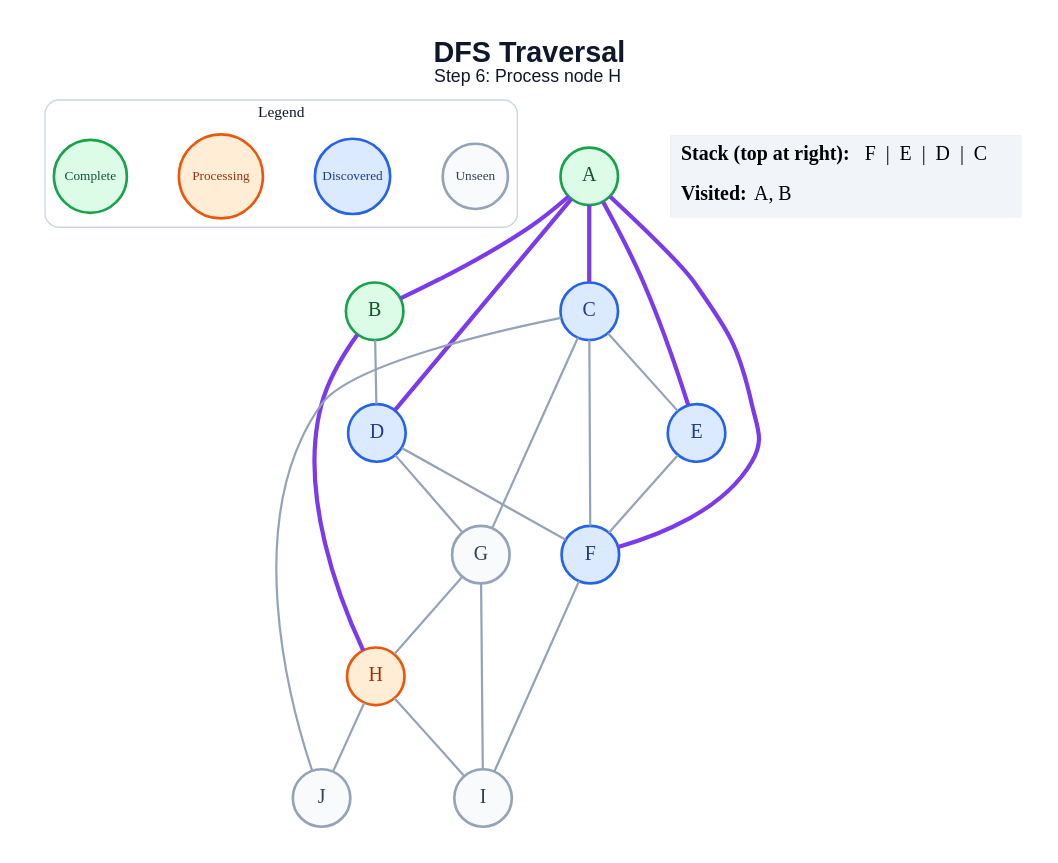
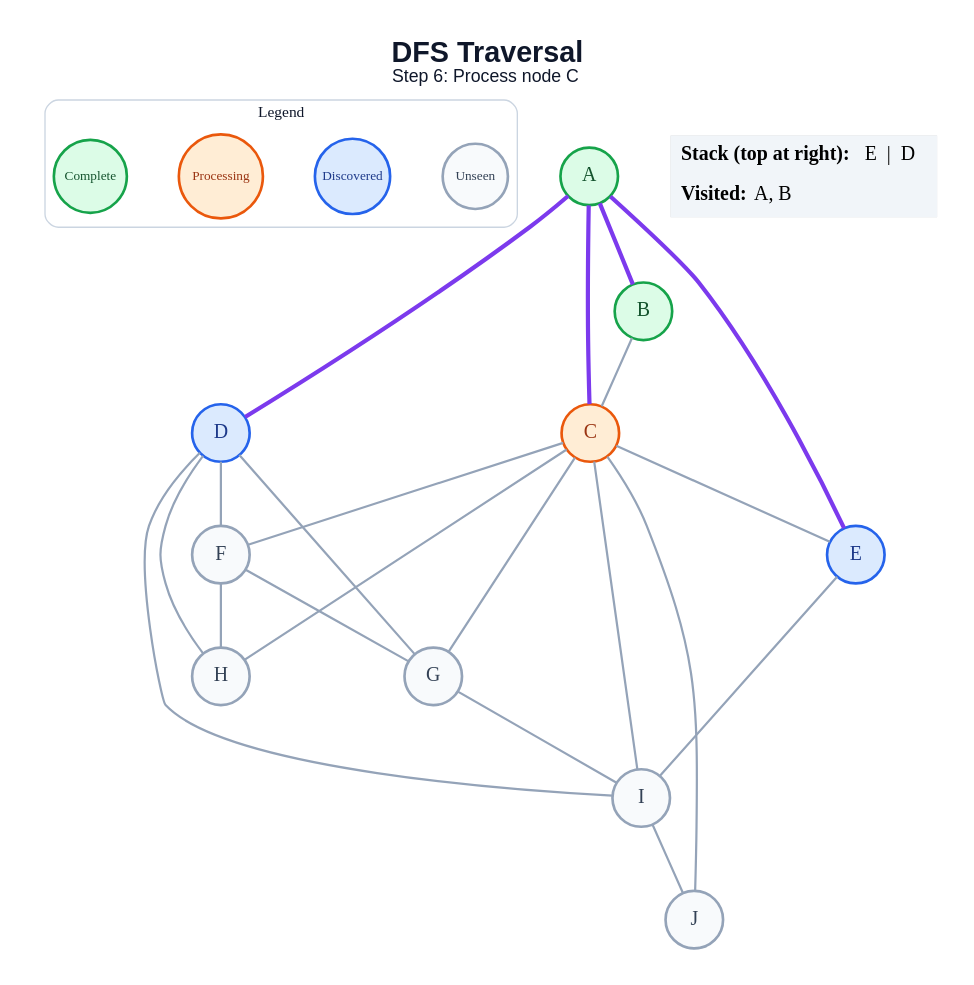
One commit to amanghodawala9/ai-slop changed the diagram in generated/dfs/step_06.dot. Above: the diagram before and after it, drawn with Graphviz. The commit also changed 178 other files, not shown here.

```diff
--- a/generated/dfs/step_06.dot
+++ b/generated/dfs/step_06.dot
@@ -1,48 +1,49 @@
 graph traversal {
   graph [layout=dot, rankdir=TB, bgcolor="#FFFFFF", pad="0.35", nodesep="0.65", ranksep="0.8", fontname="Arial"];
   node [shape=circle, style="filled", fontname="Arial Bold", fontsize=18, width=0.72, fixedsize=true, penwidth=2.4];
   edge [color="#94A3B8", penwidth=2.0];
-  label=<<B>DFS Traversal</B><BR/><FONT POINT-SIZE="16">Step 6: Process node H</FONT>>; labelloc="t"; fontsize=26; fontname="Arial"; fontcolor="#0F172A";
+  label=<<B>DFS Traversal</B><BR/><FONT POINT-SIZE="16">Step 6: Process node C</FONT>>; labelloc="t"; fontsize=26; fontname="Arial"; fontcolor="#0F172A";
   subgraph cluster_legend { label="Legend"; color="#CBD5E1"; penwidth=1.2; style="rounded"; fontsize=14; fontname="Arial Bold";
     key_unseen [label="Unseen", fillcolor="#F8FAFC", color="#94A3B8", fontcolor="#334155", fontsize=12, width=0.82];
     key_frontier [label="Discovered", fillcolor="#DBEAFE", color="#2563EB", fontcolor="#1E3A8A", fontsize=12, width=0.95];
     key_current [label="Processing", fillcolor="#FFEDD5", color="#EA580C", fontcolor="#9A3412", fontsize=12, width=1.05];
     key_done [label="Complete", fillcolor="#DCFCE7", color="#16A34A", fontcolor="#14532D", fontsize=12, width=0.92];
     { rank=same; key_unseen; key_frontier; key_current; key_done; }
   }
   A [fillcolor="#DCFCE7", color="#16A34A", fontcolor="#14532D"];
   B [fillcolor="#DCFCE7", color="#16A34A", fontcolor="#14532D"];
-  C [fillcolor="#DBEAFE", color="#2563EB", fontcolor="#1E3A8A"];
+  C [fillcolor="#FFEDD5", color="#EA580C", fontcolor="#9A3412"];
   D [fillcolor="#DBEAFE", color="#2563EB", fontcolor="#1E3A8A"];
   E [fillcolor="#DBEAFE", color="#2563EB", fontcolor="#1E3A8A"];
-  F [fillcolor="#DBEAFE", color="#2563EB", fontcolor="#1E3A8A"];
+  F [fillcolor="#F8FAFC", color="#94A3B8", fontcolor="#334155"];
   G [fillcolor="#F8FAFC", color="#94A3B8", fontcolor="#334155"];
-  H [fillcolor="#FFEDD5", color="#EA580C", fontcolor="#9A3412"];
+  H [fillcolor="#F8FAFC", color="#94A3B8", fontcolor="#334155"];
   I [fillcolor="#F8FAFC", color="#94A3B8", fontcolor="#334155"];
   J [fillcolor="#F8FAFC", color="#94A3B8", fontcolor="#334155"];
   A -- B [color="#7C3AED", penwidth=3.8];
   A -- C [color="#7C3AED", penwidth=3.8];
   A -- D [color="#7C3AED", penwidth=3.8];
   A -- E [color="#7C3AED", penwidth=3.8];
-  A -- F [color="#7C3AED", penwidth=3.8];
-  B -- D;
-  B -- H [color="#7C3AED", penwidth=3.8];
+  B -- C;
   C -- E;
   C -- F;
   C -- G;
+  C -- H;
+  C -- I;
   C -- J;
   D -- F;
   D -- G;
-  E -- F;
-  F -- I;
-  G -- H;
+  D -- H;
+  D -- I;
+  E -- I;
+  F -- G;
+  F -- H;
   G -- I;
-  H -- I;
-  H -- J;
+  I -- J;
   status [shape=plain, fixedsize=false, width=0, height=0, margin=0, label=<
     <TABLE BORDER="0" CELLBORDER="0" CELLPADDING="7" BGCOLOR="#F1F5F9">
-      <TR><TD ALIGN="LEFT"><B>Stack (top at right):</B> F  |  E  |  D  |  C</TD></TR>
+      <TR><TD ALIGN="LEFT"><B>Stack (top at right):</B> E  |  D</TD></TR>
       <TR><TD ALIGN="LEFT"><B>Visited:</B> A, B</TD></TR>
     </TABLE>
   >];
 }
```
